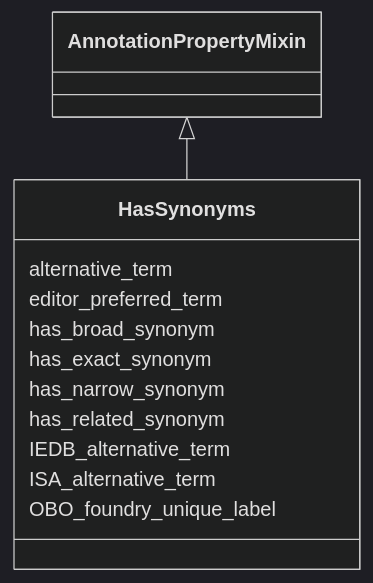
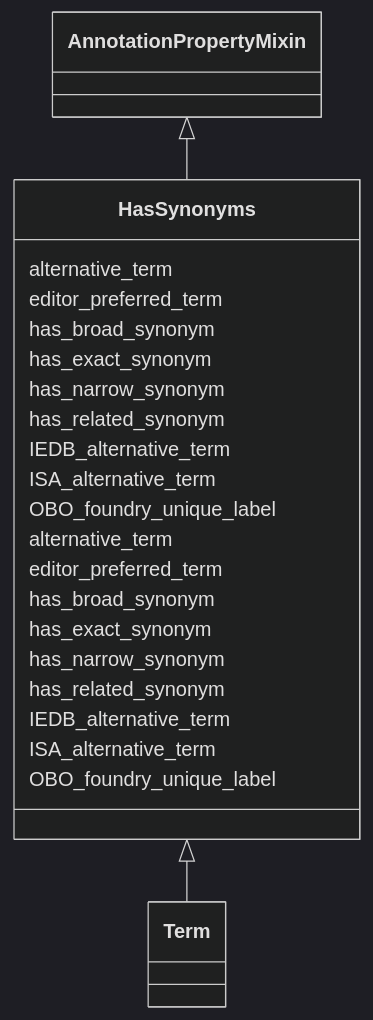
One commit to INCATools/ontology-access-kit changed the diagram in ontology-metadata/HasSynonyms.md. Above: the diagram before and after it, drawn with Mermaid (dark theme). The commit also changed 245 other files, not shown here.

````diff
--- a/ontology-metadata/HasSynonyms.md
+++ b/ontology-metadata/HasSynonyms.md
@@ -15,16 +15,29 @@
 ```{mermaid}
  classDiagram
+    class HasSynonyms
       AnnotationPropertyMixin <|-- HasSynonyms
       
       HasSynonyms : alternative_term
       HasSynonyms : editor_preferred_term
       HasSynonyms : has_broad_synonym
       HasSynonyms : has_exact_synonym
       HasSynonyms : has_narrow_synonym
       HasSynonyms : has_related_synonym
       HasSynonyms : IEDB_alternative_term
       HasSynonyms : ISA_alternative_term
       HasSynonyms : OBO_foundry_unique_label
       
 
+      HasSynonyms <|-- Term
+      
+      HasSynonyms : alternative_term
+      HasSynonyms : editor_preferred_term
+      HasSynonyms : has_broad_synonym
+      HasSynonyms : has_exact_synonym
+      HasSynonyms : has_narrow_synonym
+      HasSynonyms : has_related_synonym
+      HasSynonyms : IEDB_alternative_term
+      HasSynonyms : ISA_alternative_term
+      HasSynonyms : OBO_foundry_unique_label
+      
 ```
````
